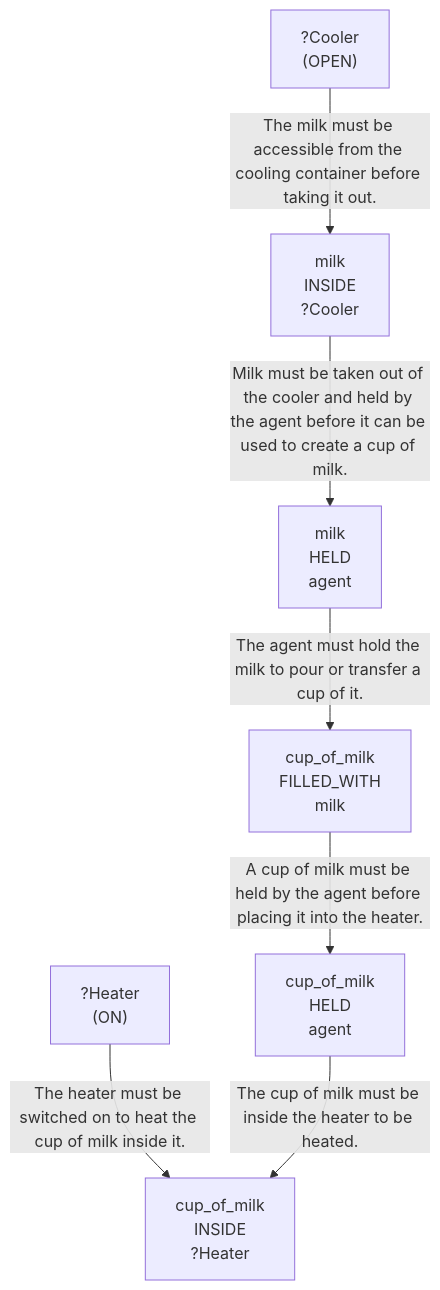
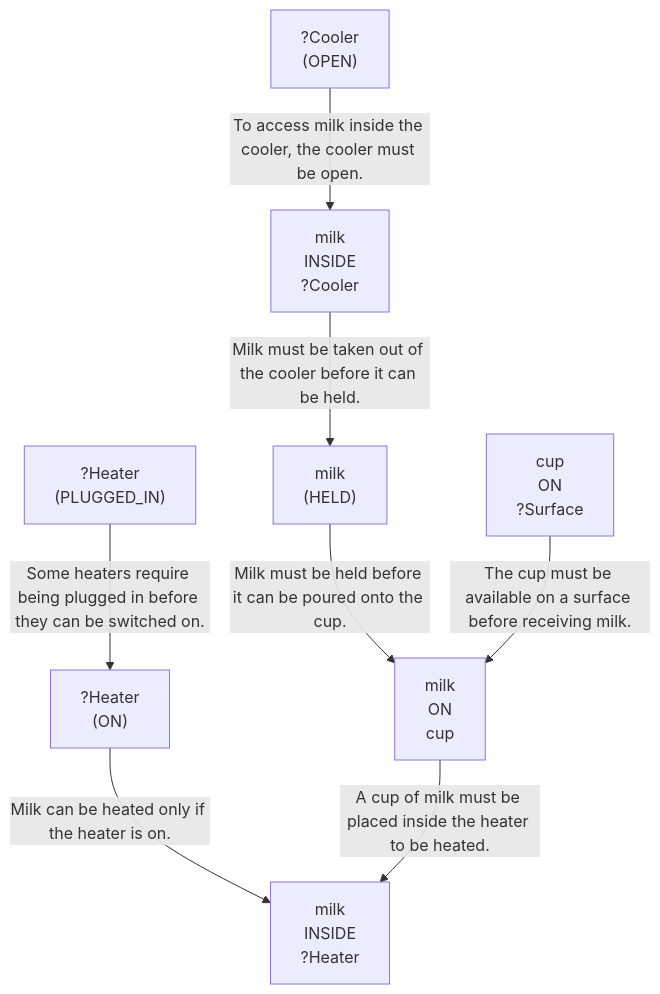
One commit to scuama/virtualhome changed the fourth of 23 diagrams in evaluation/results/table1/_raw/robostate/run_T1_SCALE_SG01_S7.md. Above: the diagram before and after it, drawn with Mermaid. The commit also changed other lines of this file and 96 other files, not shown here.

````diff
--- a/evaluation/results/table1/_raw/robostate/run_T1_SCALE_SG01_S7.md
+++ b/evaluation/results/table1/_raw/robostate/run_T1_SCALE_SG01_S7.md
@@ -220,16 +226,18 @@
 ```mermaid
 graph TD
-    N1["?Heater<br>(ON)"]
-    N2["cup_of_milk<br>INSIDE<br>?Heater"]
-    N3["?Cooler<br>(OPEN)"]
-    N4["milk<br>INSIDE<br>?Cooler"]
-    N5["cup_of_milk<br>HELD<br>agent"]
-    N6["milk<br>HELD<br>agent"]
-    N7["cup_of_milk<br>FILLED_WITH<br>milk"]
-    N3 -->|"The milk must be accessible from the cooling container before taking it out."| N4
-    N4 -->|"Milk must be taken out of the cooler and held by the agent before it can be used to create a cup of milk."| N6
-    N6 -->|"The agent must hold the milk to pour or transfer a cup of it."| N7
-    N7 -->|"A cup of milk must be held by the agent before placing it into the heater."| N5
-    N1 -->|"The heater must be switched on to heat the cup of milk inside it."| N2
-    N5 -->|"The cup of milk must be inside the heater to be heated."| N2
+    N1["milk<br>INSIDE<br>?Cooler"]
+    N2["?Cooler<br>(OPEN)"]
+    N3["cup<br>ON<br>?Surface"]
+    N4["milk<br>ON<br>cup"]
+    N5["milk<br>(HELD)"]
+    N6["milk<br>INSIDE<br>?Heater"]
+    N7["?Heater<br>(ON)"]
+    N8["?Heater<br>(PLUGGED_IN)"]
+    N2 -->|"To access milk inside the cooler, the cooler must be open."| N1
+    N5 -->|"Milk must be held before it can be poured onto the cup."| N4
+    N3 -->|"The cup must be available on a surface before receiving milk."| N4
+    N1 -->|"Milk must be taken out of the cooler before it can be held."| N5
+    N7 -->|"Milk can be heated only if the heater is on."| N6
+    N8 -->|"Some heaters require being plugged in before they can be switched on."| N7
+    N4 -->|"A cup of milk must be placed inside the heater to be heated."| N6
 ```
````
